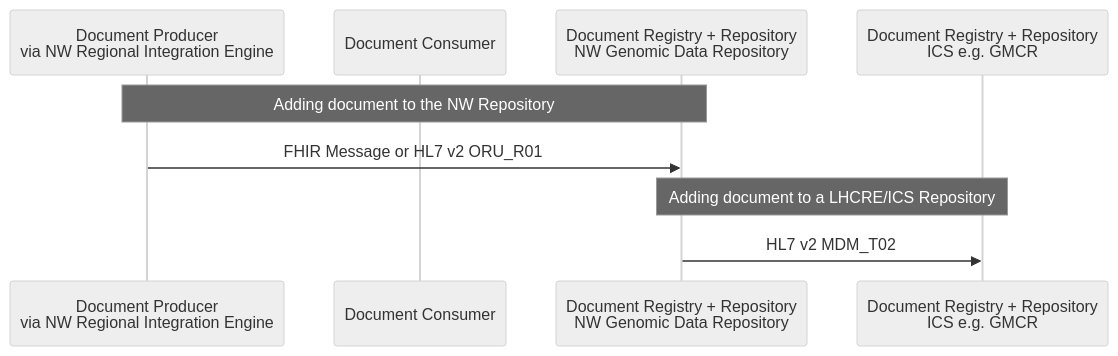
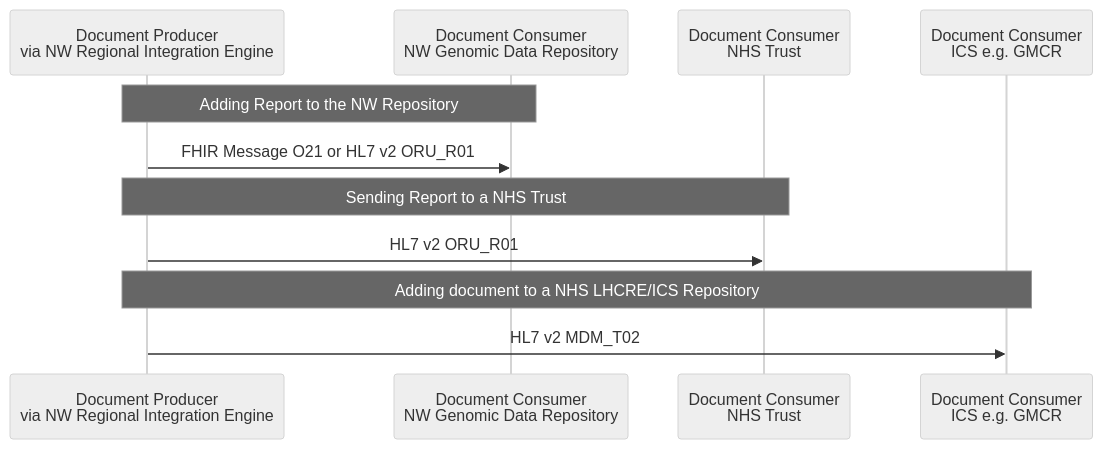
The third of 6 diagrams in input/pagecontent/workflow-report-options.md (uk-gov-mirror/nw-gmsa.nw-gmsa.github.com), drawn with Mermaid (neutral theme) before and after one commit.

Commit message:
Specimen

````diff
--- a/input/pagecontent/workflow-report-options.md
+++ b/input/pagecontent/workflow-report-options.md
@@ -88,12 +88,14 @@
 ```mermaid
 sequenceDiagram
     participant Producer As Document Producer<br/>via NW Regional Integration Engine
-    participant Consumer As Document Consumer
-    participant Repository As Document Registry + Repository<br/>NW Genomic Data Repository
-    participant RepositoryICS As Document Registry + Repository<br/>ICS e.g. GMCR
+    participant Repository As Document Consumer<br/>NW Genomic Data Repository
+    participant Trust As Document Consumer<br/>NHS Trust
+    participant RepositoryICS As Document Consumer<br/>ICS e.g. GMCR
 
-    Note over Producer,Repository: Adding document to the NW Repository
-    Producer ->> Repository: FHIR Message or HL7 v2 ORU_R01 
-    Note over Repository,RepositoryICS: Adding document to a LHCRE/ICS Repository
-    Repository ->> RepositoryICS: HL7 v2 MDM_T02 
+    Note over Producer,Repository: Adding Report to the NW Repository
+    Producer ->> Repository: FHIR Message O21 or HL7 v2 ORU_R01 
+    Note over Producer,Trust: Sending Report to a NHS Trust
+    Producer ->> Trust: HL7 v2 ORU_R01 
+    Note over Producer,RepositoryICS: Adding document to a NHS LHCRE/ICS Repository
+    Producer ->> RepositoryICS: HL7 v2 MDM_T02 
 ```
````
